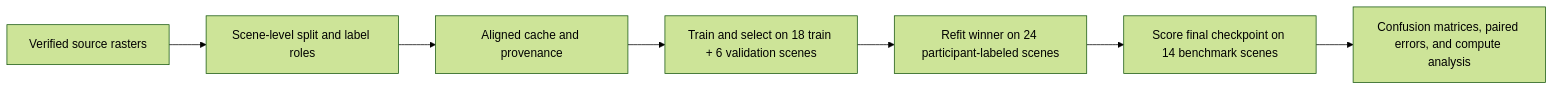
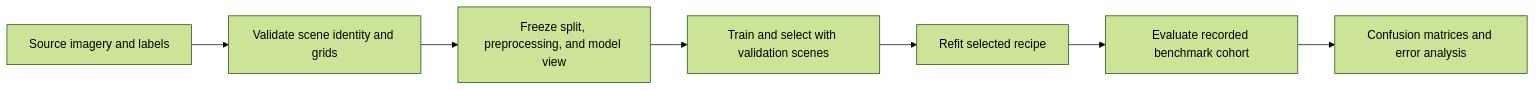
The diagram in README.md (damminhtien/deepnet-for-semantic-labeling-photogrammetry), drawn with Mermaid (forest theme) before and after one commit. The commit also changed other lines of this file and 43 other files, not shown here.

````diff
--- a/README.md
+++ b/README.md
@@ -44,9 +80,9 @@
 ```mermaid
 flowchart LR
-    A[Verified source rasters] --> B[Scene-level split and label roles]
-    B --> C[Aligned cache and provenance]
-    C --> D[Train and select on 18 train + 6 validation scenes]
-    D --> E[Refit winner on 24 participant-labeled scenes]
-    E --> F[Score final checkpoint on 14 benchmark scenes]
-    F --> G[Confusion matrices, paired errors, and compute analysis]
+    A[Source imagery and labels] --> B[Validate scene identity and grids]
+    B --> C[Freeze split, preprocessing, and model view]
+    C --> D[Train and select with validation scenes]
+    D --> E[Refit selected recipe]
+    E --> F[Evaluate recorded benchmark cohort]
+    F --> G[Confusion matrices and error analysis]
 ```
````
